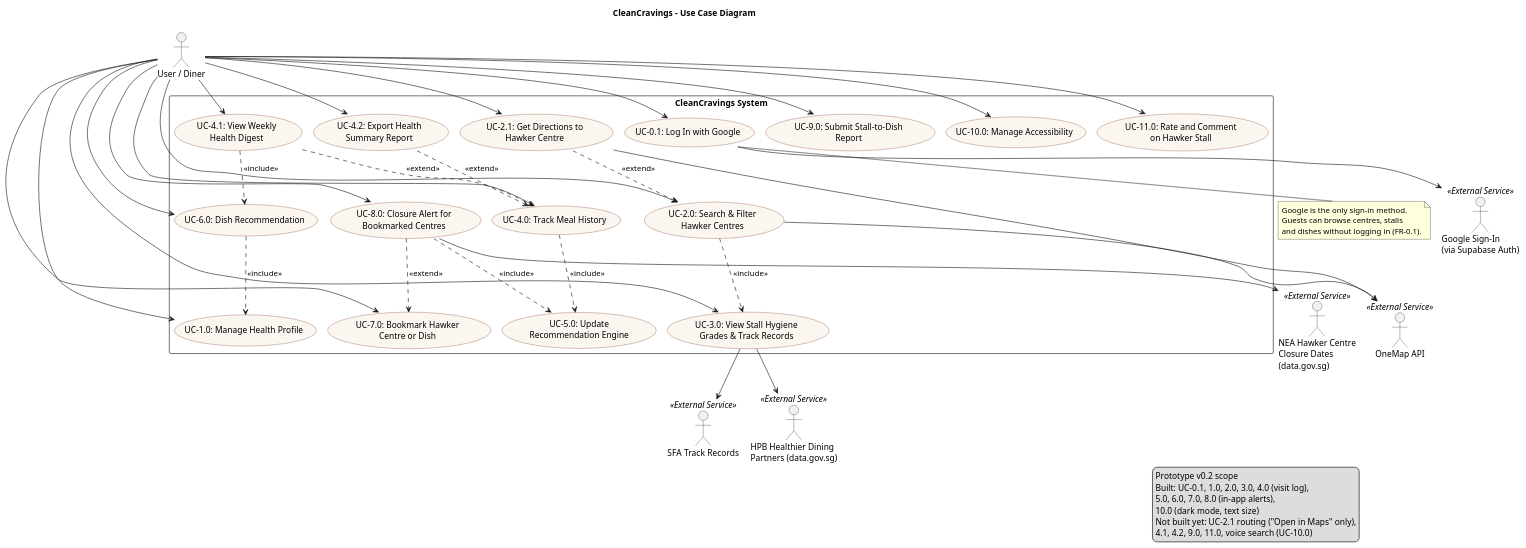
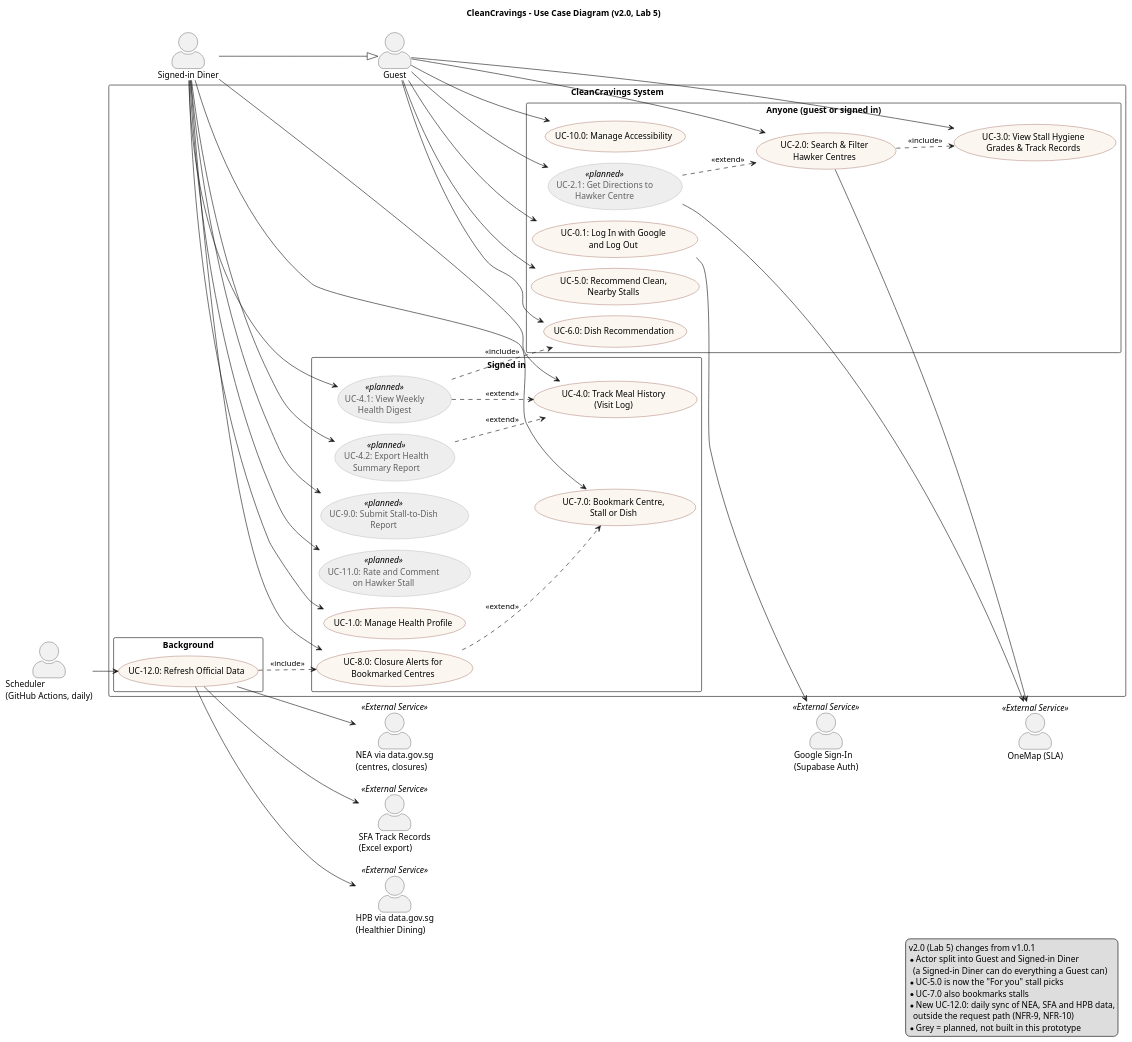
The diagram in docs/diagrams/use_case.puml (ExoticTrunks/cleancravings), drawn with PlantUML before and after one commit. The commit also changed 8 other files, not shown here.

First line of the commit message:
Add the Lab 5 SRS and bring the diagrams in line with the code

```diff
--- a/docs/diagrams/use_case.puml
+++ b/docs/diagrams/use_case.puml
@@ -1,86 +1,99 @@
 @startuml CleanCravings_UseCaseDiagram
-' SC2006 SCSL Group 4. Use case model, kept in sync with docs/use_cases and the prototype.
+' SC2006 SCSL Group 4. Use case model v2.0 (Lab 5), synchronised with the prototype.
+' Grey use cases are planned and not built yet. The SRS (docs/lab5) has the descriptions.
 ' smetana = PlantUML's built-in layout engine, so this renders without Graphviz installed
 !pragma layout smetana
-title CleanCravings - Use Case Diagram
-' Top-to-bottom on purpose: smetana clips the top of the image in left-to-right mode
+title CleanCravings - Use Case Diagram (v2.0, Lab 5)
 skinparam shadowing false
 skinparam packageStyle rectangle
+skinparam actorStyle awesome
+left to right direction
 skinparam usecase {
   BackgroundColor #FBF7F0
   BorderColor #7A2E1F
+  BackgroundColor<<planned>> #EEEEEE
+  BorderColor<<planned>> #9E9E9E
+  FontColor<<planned>> #616161
 }
 
-actor "User / Diner" as User
-actor "Google Sign-In\n(via Supabase Auth)" as Google <<External Service>>
-actor "OneMap API" as OneMap <<External Service>>
-actor "SFA Track Records" as SFA <<External Service>>
-actor "NEA Hawker Centre\nClosure Dates\n(data.gov.sg)" as NEA <<External Service>>
-actor "HPB Healthier Dining\nPartners (data.gov.sg)" as HPB <<External Service>>
+actor "Guest" as Guest
+actor "Signed-in Diner" as Diner
+actor "Scheduler\n(GitHub Actions, daily)" as Scheduler
+actor "Google Sign-In\n(Supabase Auth)" as Google <<External Service>>
+actor "OneMap (SLA)" as OneMap <<External Service>>
+actor "NEA via data.gov.sg\n(centres, closures)" as NEA <<External Service>>
+actor "SFA Track Records\n(Excel export)" as SFA <<External Service>>
+actor "HPB via data.gov.sg\n(Healthier Dining)" as HPB <<External Service>>
+
+Diner -|> Guest
 
 rectangle "CleanCravings System" {
-  usecase "UC-0.1: Log In with Google" as UC01
-  usecase "UC-1.0: Manage Health Profile" as UC10
-  usecase "UC-2.0: Search & Filter\nHawker Centres" as UC20
-  usecase "UC-2.1: Get Directions to\nHawker Centre" as UC21
-  usecase "UC-3.0: View Stall Hygiene\nGrades & Track Records" as UC30
-  usecase "UC-4.0: Track Meal History" as UC40
-  usecase "UC-4.1: View Weekly\nHealth Digest" as UC41
-  usecase "UC-4.2: Export Health\nSummary Report" as UC42
-  usecase "UC-5.0: Update\nRecommendation Engine" as UC50
-  usecase "UC-6.0: Dish Recommendation" as UC60
-  usecase "UC-7.0: Bookmark Hawker\nCentre or Dish" as UC70
-  usecase "UC-8.0: Closure Alert for\nBookmarked Centres" as UC80
-  usecase "UC-9.0: Submit Stall-to-Dish\nReport" as UC90
-  usecase "UC-10.0: Manage Accessibility" as UC100
-  usecase "UC-11.0: Rate and Comment\non Hawker Stall" as UC110
+  package "Anyone (guest or signed in)" {
+    usecase "UC-0.1: Log In with Google\nand Log Out" as UC01
+    usecase "UC-2.0: Search & Filter\nHawker Centres" as UC20
+    usecase "UC-3.0: View Stall Hygiene\nGrades & Track Records" as UC30
+    usecase "UC-5.0: Recommend Clean,\nNearby Stalls" as UC50
+    usecase "UC-6.0: Dish Recommendation" as UC60
+    usecase "UC-10.0: Manage Accessibility" as UC100
+    usecase "UC-2.1: Get Directions to\nHawker Centre" as UC21 <<planned>>
+  }
+  package "Signed in" {
+    usecase "UC-1.0: Manage Health Profile" as UC10
+    usecase "UC-4.0: Track Meal History\n(Visit Log)" as UC40
+    usecase "UC-7.0: Bookmark Centre,\nStall or Dish" as UC70
+    usecase "UC-8.0: Closure Alerts for\nBookmarked Centres" as UC80
+    usecase "UC-4.1: View Weekly\nHealth Digest" as UC41 <<planned>>
+    usecase "UC-4.2: Export Health\nSummary Report" as UC42 <<planned>>
+    usecase "UC-9.0: Submit Stall-to-Dish\nReport" as UC90 <<planned>>
+    usecase "UC-11.0: Rate and Comment\non Hawker Stall" as UC110 <<planned>>
+  }
+  package "Background" {
+    usecase "UC-12.0: Refresh Official Data" as UC120
+  }
 }
 
-User --> UC01
-User --> UC10
-User --> UC20
-User --> UC21
-User --> UC30
-User --> UC40
-User --> UC41
-User --> UC42
-User --> UC60
-User --> UC70
-User --> UC80
-User --> UC90
-User --> UC100
-User --> UC110
+Guest --> UC01
+Guest --> UC20
+Guest --> UC30
+Guest --> UC50
+Guest --> UC60
+Guest --> UC100
+Guest --> UC21
 
-' Directed so the layout ranks every external service to the right of the use cases
+Diner --> UC10
+Diner --> UC40
+Diner --> UC70
+Diner --> UC80
+Diner --> UC41
+Diner --> UC42
+Diner --> UC90
+Diner --> UC110
+
+Scheduler --> UC120
+
 UC01 --> Google
 UC20 --> OneMap
 UC21 --> OneMap
-UC30 --> SFA
-UC30 --> HPB
-UC80 --> NEA
+UC120 --> NEA
+UC120 --> SFA
+UC120 --> HPB
 
 UC20 ..> UC30 : <<include>>
 UC21 ..> UC20 : <<extend>>
-UC40 ..> UC50 : <<include>>
+UC80 ..> UC70 : <<extend>>
+UC120 ..> UC80 : <<include>>
 UC41 ..> UC40 : <<extend>>
 UC42 ..> UC40 : <<extend>>
 UC41 ..> UC60 : <<include>>
-UC60 ..> UC10 : <<include>>
-UC80 ..> UC70 : <<extend>>
-UC80 ..> UC50 : <<include>>
-
-note bottom of UC01
-  Google is the only sign-in method.
-  Guests can browse centres, stalls
-  and dishes without logging in (FR-0.1).
-end note
 
 legend right
-  Prototype v0.2 scope
-  Built: UC-0.1, 1.0, 2.0, 3.0, 4.0 (visit log),
-  5.0, 6.0, 7.0, 8.0 (in-app alerts),
-  10.0 (dark mode, text size)
-  Not built yet: UC-2.1 routing ("Open in Maps" only),
-  4.1, 4.2, 9.0, 11.0, voice search (UC-10.0)
+  v2.0 (Lab 5) changes from v1.0.1
+  * Actor split into Guest and Signed-in Diner
+    (a Signed-in Diner can do everything a Guest can)
+  * UC-5.0 is now the "For you" stall picks
+  * UC-7.0 also bookmarks stalls
+  * New UC-12.0: daily sync of NEA, SFA and HPB data,
+    outside the request path (NFR-9, NFR-10)
+  * Grey = planned, not built in this prototype
 endlegend
 @enduml
```
